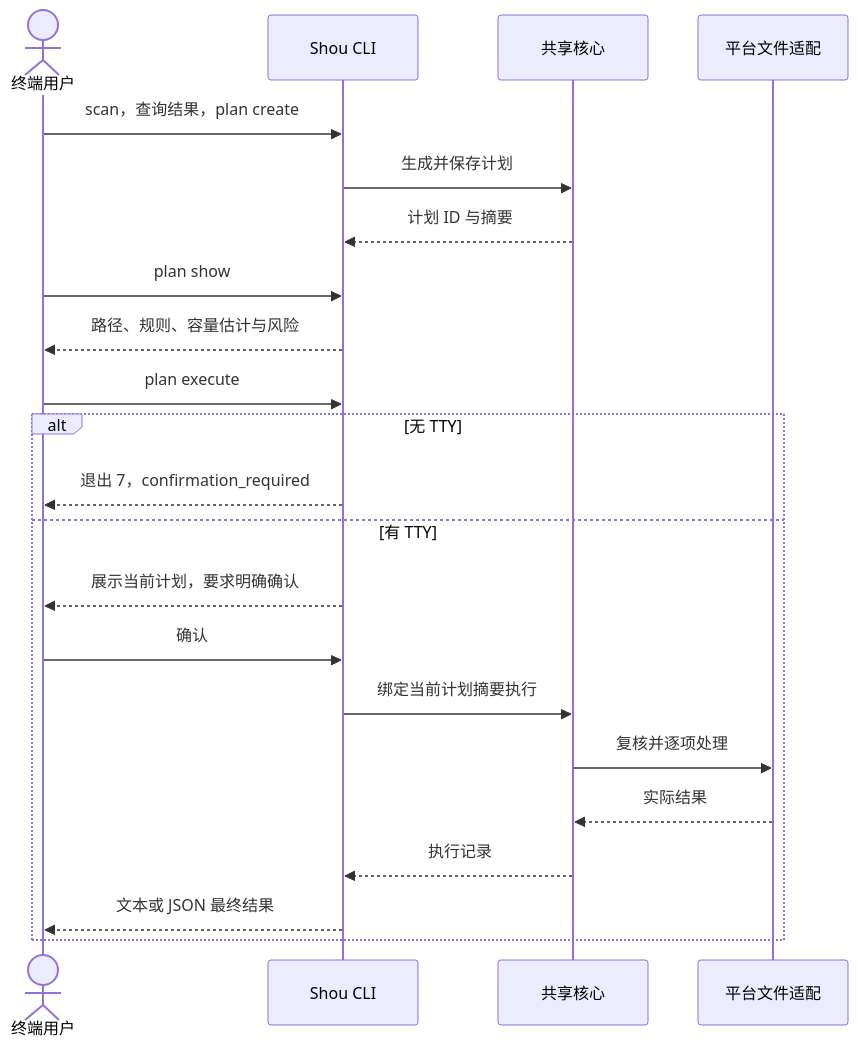
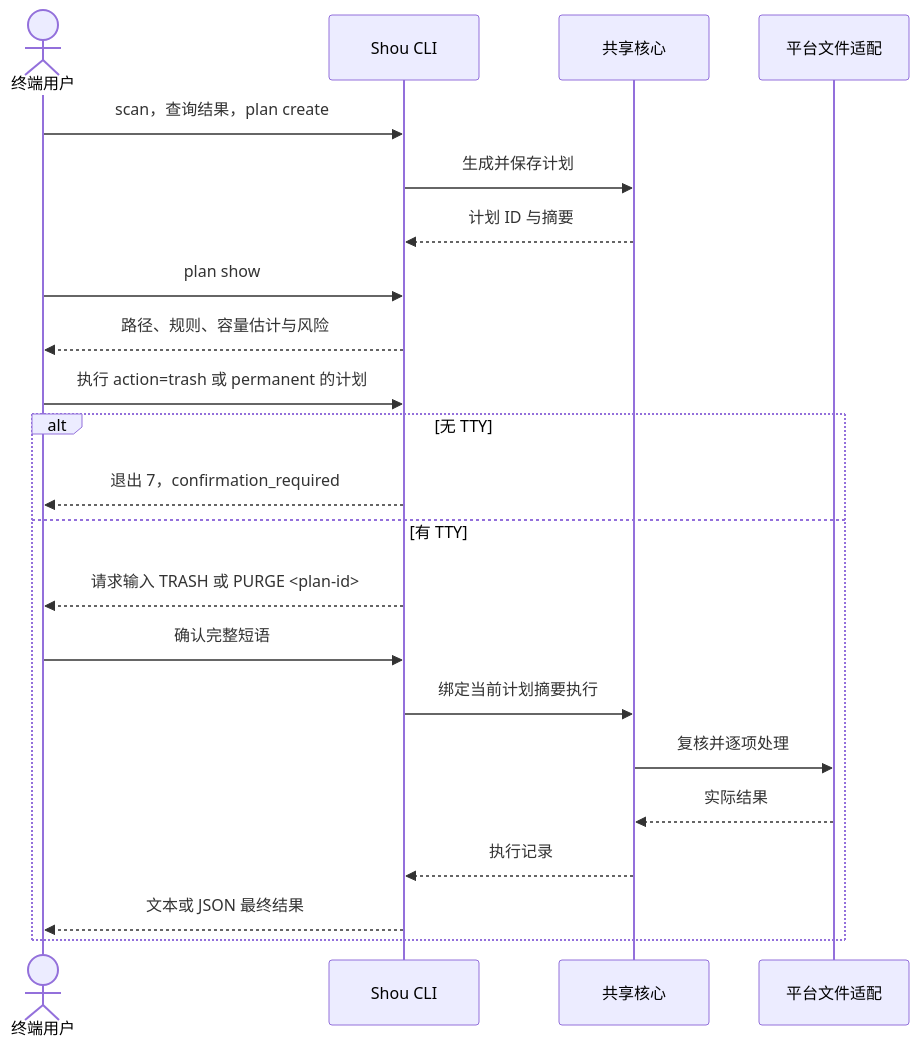
Before and after one commit to limecloud/shou: the sixth of 8 diagrams in docs/zh-CN/architecture/workflows-and-sequences.md, drawn with Mermaid. The commit also changed other lines of this file and 99 other files, not shown here.

````diff
--- a/docs/zh-CN/architecture/workflows-and-sequences.md
+++ b/docs/zh-CN/architecture/workflows-and-sequences.md
@@ -123,24 +164,24 @@
 ```mermaid
 sequenceDiagram
     actor User as 终端用户
     participant CLI as Shou CLI
     participant Core as 共享核心
     participant FS as 平台文件适配
     User->>CLI: scan，查询结果，plan create
     CLI->>Core: 生成并保存计划
     Core-->>CLI: 计划 ID 与摘要
     User->>CLI: plan show
     CLI-->>User: 路径、规则、容量估计与风险
-    User->>CLI: plan execute
+    User->>CLI: 执行 action=trash 或 permanent 的计划
     alt 无 TTY
         CLI-->>User: 退出 7，confirmation_required
     else 有 TTY
-        CLI-->>User: 展示当前计划，要求明确确认
-        User->>CLI: 确认
+        CLI-->>User: 请求输入 TRASH 或 PURGE <plan-id>
+        User->>CLI: 确认完整短语
         CLI->>Core: 绑定当前计划摘要执行
         Core->>FS: 复核并逐项处理
         FS-->>Core: 实际结果
         Core-->>CLI: 执行记录
         CLI-->>User: 文本或 JSON 最终结果
     end
 ```
````
